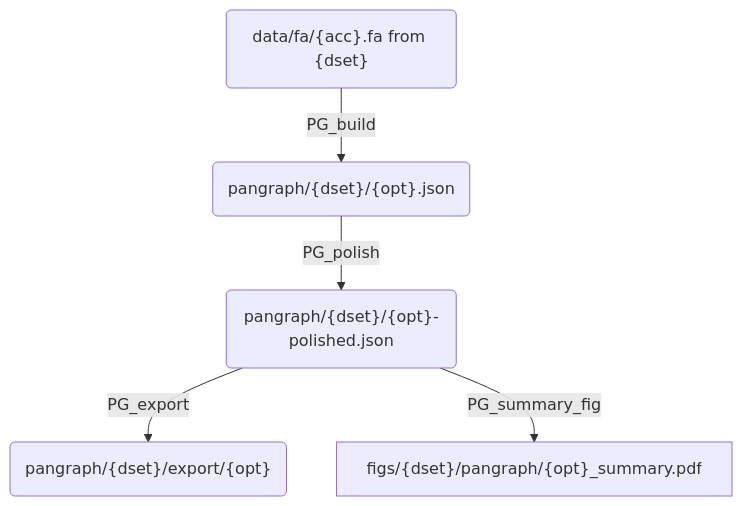
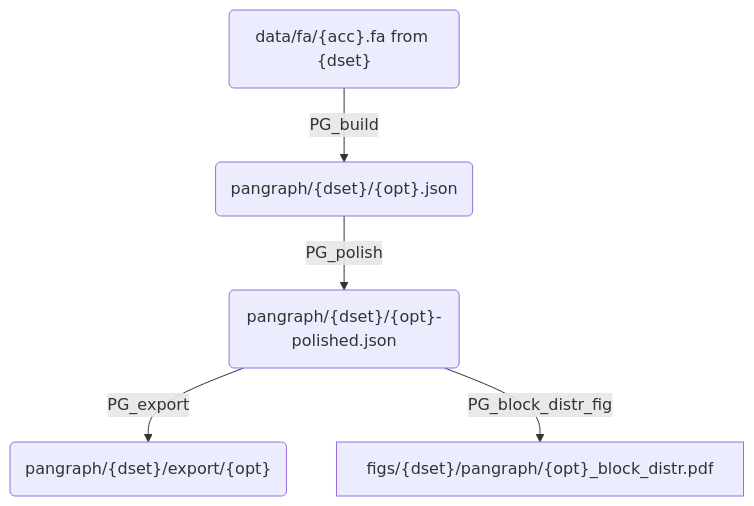
The second of 2 diagrams in notes/01_workflow_description.md (mmolari/ecoliST131-structural-evo), drawn with Mermaid before and after one commit. The commit also changed other lines of this file and 3 other files, not shown here.

Commit message:
chore: renamed figure

````diff
--- a/notes/01_workflow_description.md
+++ b/notes/01_workflow_description.md
@@ -16,7 +16,7 @@
 ```mermaid
 flowchart TD
     A("data/fa/{acc}.fa from {dset}") --> |PG_build| B("pangraph/{dset}/{opt}.json") 
     B --> |PG_polish| C("pangraph/{dset}/{opt}-polished.json")
     C --> |PG_export| D("pangraph/{dset}/export/{opt}")
-    C --> |PG_summary_fig| E["figs/{dset}/pangraph/{opt}_summary.pdf"]
+    C --> |PG_block_distr_fig| E["figs/{dset}/pangraph/{opt}_block_distr.pdf"]
 ```
````
